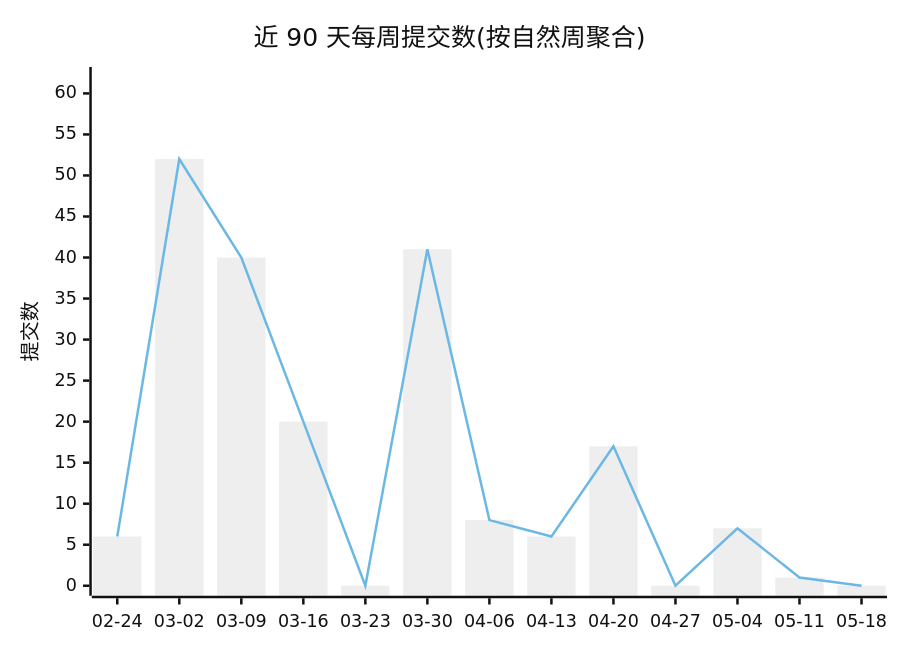
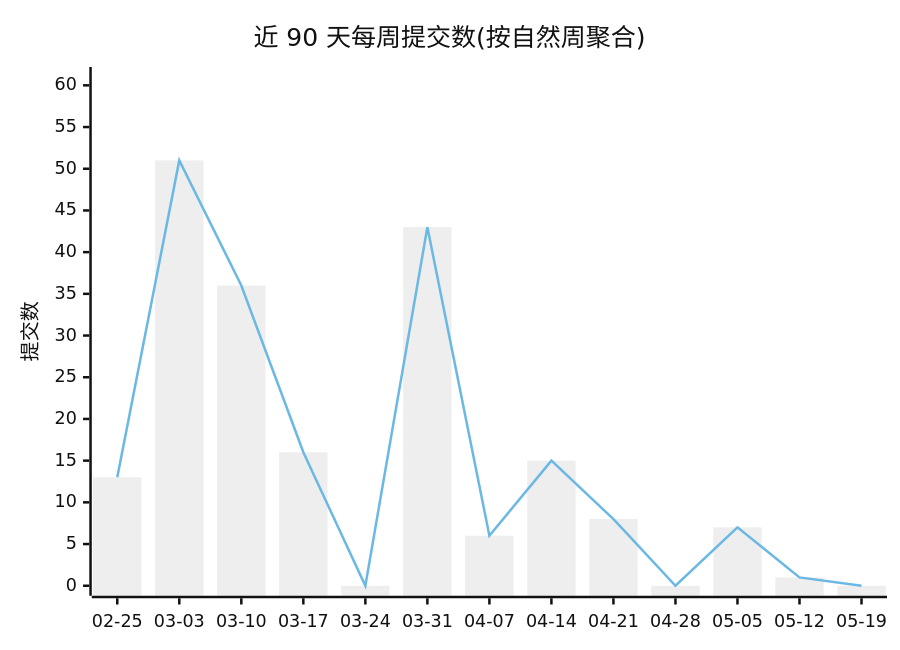
The first of 2 diagrams in profile/README.md (Conflux-Union/.github), drawn with Mermaid (neutral theme) before and after one commit. The commit also changed other lines of this file and 1 other file, not shown here.

````diff
--- a/profile/README.md
+++ b/profile/README.md
@@ -44,8 +44,8 @@
 ```mermaid
 xychart-beta
     title "近 90 天每周提交数(按自然周聚合)"
-    x-axis ["02-24", "03-02", "03-09", "03-16", "03-23", "03-30", "04-06", "04-13", "04-20", "04-27", "05-04", "05-11", "05-18"]
-    y-axis "提交数" 0 --> 62
-    bar [6, 52, 40, 20, 0, 41, 8, 6, 17, 0, 7, 1, 0]
-    line [6, 52, 40, 20, 0, 41, 8, 6, 17, 0, 7, 1, 0]
+    x-axis ["02-25", "03-03", "03-10", "03-17", "03-24", "03-31", "04-07", "04-14", "04-21", "04-28", "05-05", "05-12", "05-19"]
+    y-axis "提交数" 0 --> 61
+    bar [13, 51, 36, 16, 0, 43, 6, 15, 8, 0, 7, 1, 0]
+    line [13, 51, 36, 16, 0, 43, 6, 15, 8, 0, 7, 1, 0]
 ```
````
